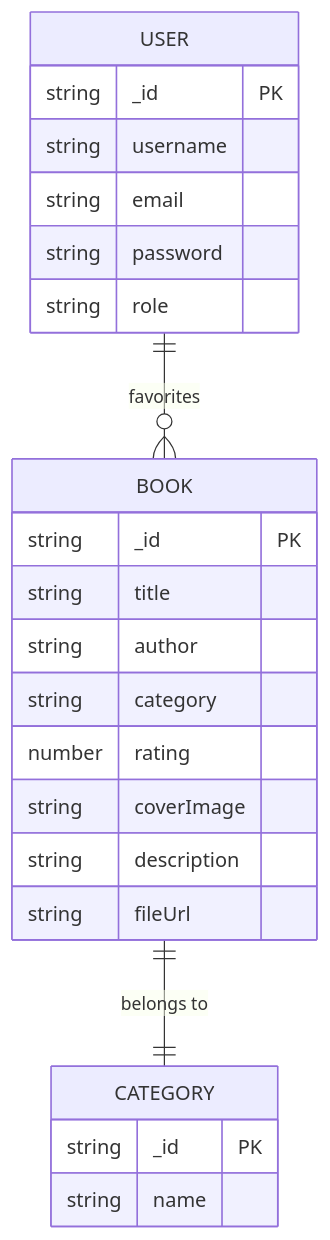
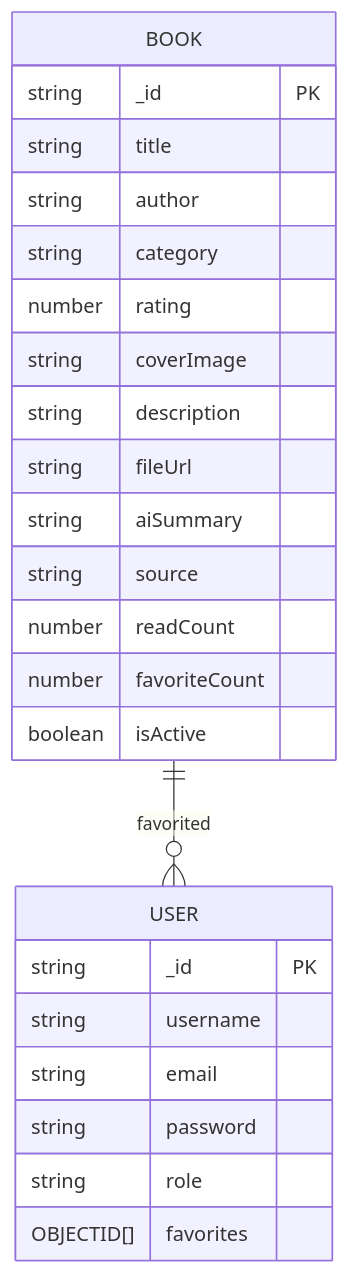
Before and after one commit to ganesh-NB/readsphere: the sixth of 7 diagrams in .qoder/repowiki/en/content/AI-Powered Features.md, drawn with Mermaid. The commit also changed other lines of this file and 46 other files, not shown here.

````diff
--- a/.qoder/repowiki/en/content/AI-Powered Features.md
+++ b/.qoder/repowiki/en/content/AI-Powered Features.md
@@ -241,26 +288,27 @@
 ```mermaid
 erDiagram
 BOOK {
 string _id PK
 string title
 string author
 string category
 number rating
 string coverImage
 string description
 string fileUrl
-}
-CATEGORY {
-string _id PK
-string name
+string aiSummary
+string source
+number readCount
+number favoriteCount
+boolean isActive
 }
 USER {
 string _id PK
 string username
 string email
 string password
 string role
+OBJECTID[] favorites
 }
-BOOK ||--|| CATEGORY : "belongs to"
-USER ||--o{ BOOK : "favorites"
+BOOK ||--o{ USER : "favorited"
 ```
````
